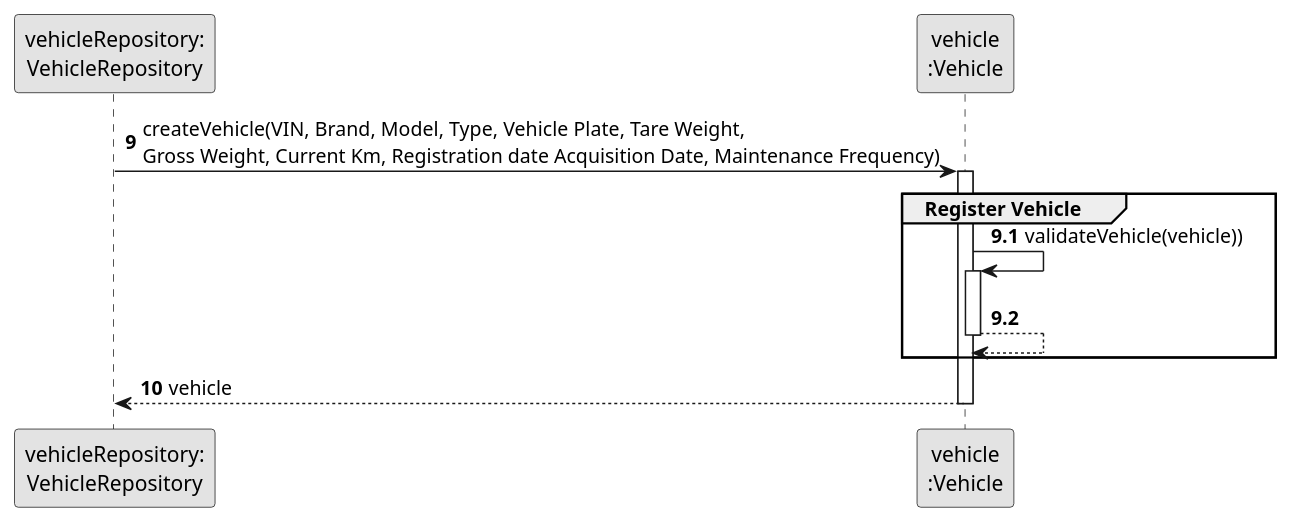
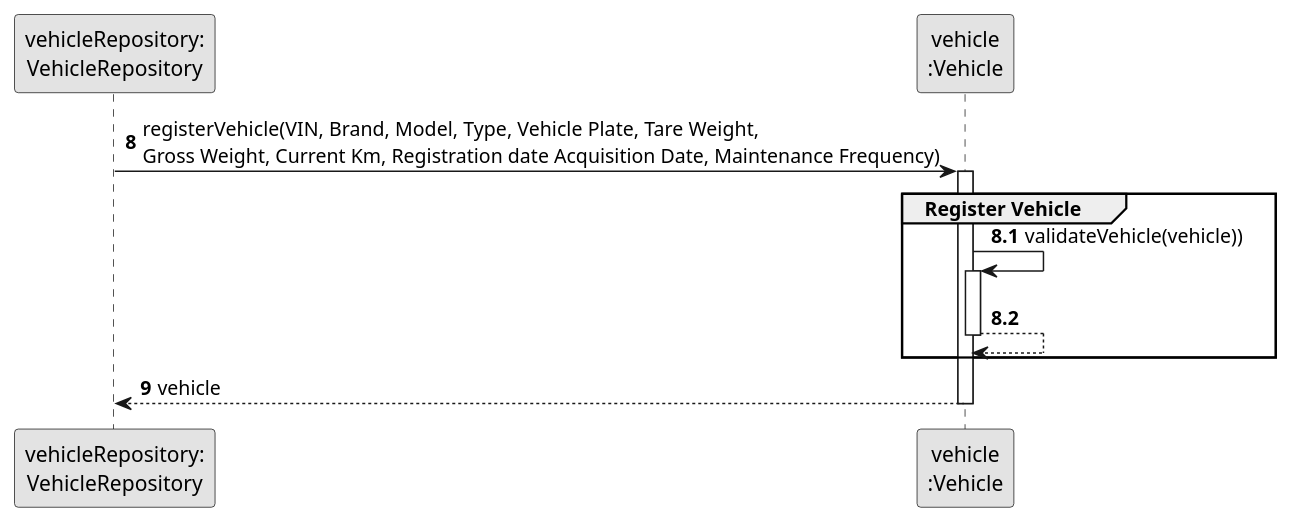
The diagram in docs/sprintB/us006/03.design/puml/us006-sequence-diagram-partial-register-vehicle.puml (ricardomm7/leaflink), drawn with PlantUML before and after one commit. The commit also changed 5 other files, not shown here.

Commit message:
Updated documentation and sequence diagrams for US006 and US008; refined interaction details and corrected method names in sequence diagrams.

```diff
--- a/docs/sprintB/us006/03.design/puml/us006-sequence-diagram-partial-register-vehicle.puml
+++ b/docs/sprintB/us006/03.design/puml/us006-sequence-diagram-partial-register-vehicle.puml
@@ -1,33 +1,33 @@
 @startuml
 skinparam monochrome true
 skinparam packageStyle rectangle
 skinparam shadowing false
 
 participant "vehicleRepository:\nVehicleRepository" as VehicleRepository
 participant "vehicle\n:Vehicle" as VEI
 
-autonumber 9
-            VehicleRepository -> VEI: createVehicle(VIN, Brand, Model, Type, Vehicle Plate, Tare Weight, \nGross Weight, Current Km, Registration date Acquisition Date, Maintenance Frequency)
+autonumber 8
+            VehicleRepository -> VEI: registerVehicle(VIN, Brand, Model, Type, Vehicle Plate, Tare Weight, \nGross Weight, Current Km, Registration date Acquisition Date, Maintenance Frequency)
 
 activate VEI
     group Register Vehicle
-    autonumber 9.1
+    autonumber 8.1
 
 
                               VEI -> VEI: validateVehicle(vehicle))
                               activate VEI
 
                               VEI --> VEI
                               deactivate VEI
 
 
 
 
     end
 
-autonumber 10
+autonumber 9
     VEI --> VehicleRepository: vehicle
 deactivate VEI
 
 
 @enduml
```
